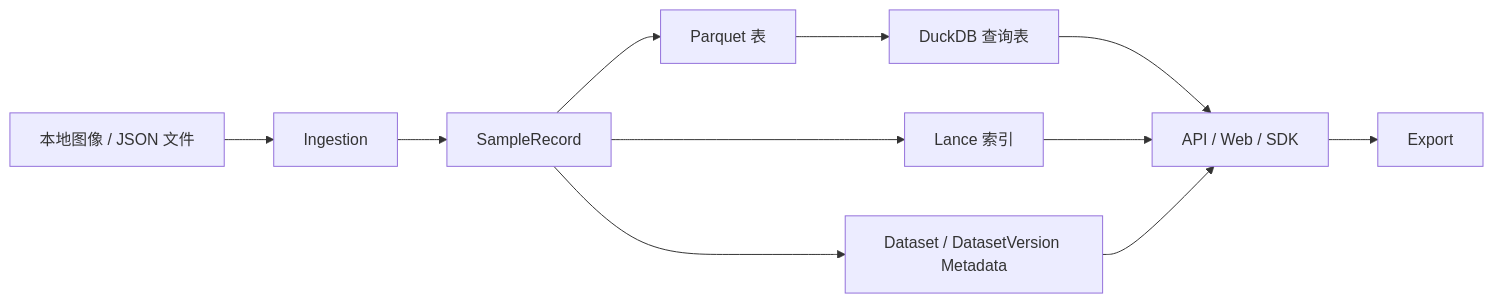
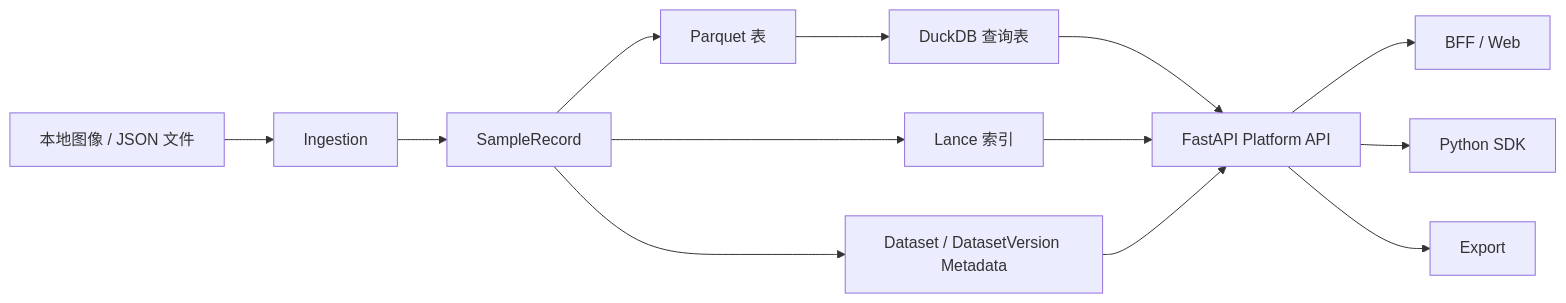
The second of 4 diagrams in docs/architecture/mermaid-diagrams.md (gray-cgm/ai-native-data-engine), drawn with Mermaid before and after one commit. The commit also changed other lines of this file and 25 other files, not shown here.

````diff
--- a/docs/architecture/mermaid-diagrams.md
+++ b/docs/architecture/mermaid-diagrams.md
@@ -18,13 +18,15 @@
 ```mermaid
 flowchart LR
     A[本地图像 / JSON 文件] --> B[Ingestion]
     B --> C[SampleRecord]
     C --> D[Parquet 表]
     D --> E[DuckDB 查询表]
     C --> F[Lance 索引]
     C --> G[Dataset / DatasetVersion Metadata]
-    E --> H[API / Web / SDK]
+    E --> H[FastAPI Platform API]
     F --> H
     G --> H
-    H --> I[Export]
+    H --> I[BFF / Web]
+    H --> J[Python SDK]
+    H --> K[Export]
 ```
````
